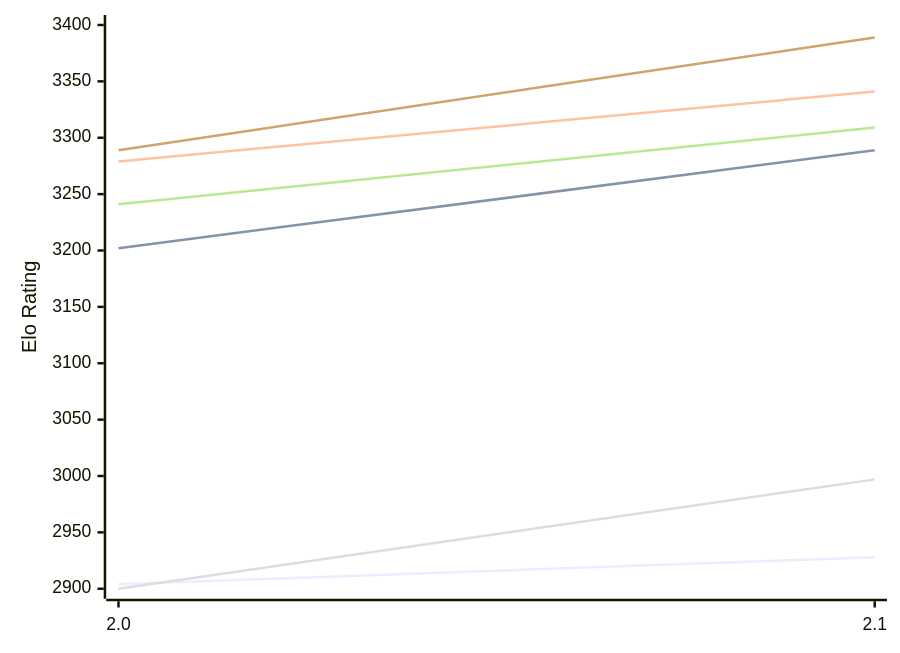
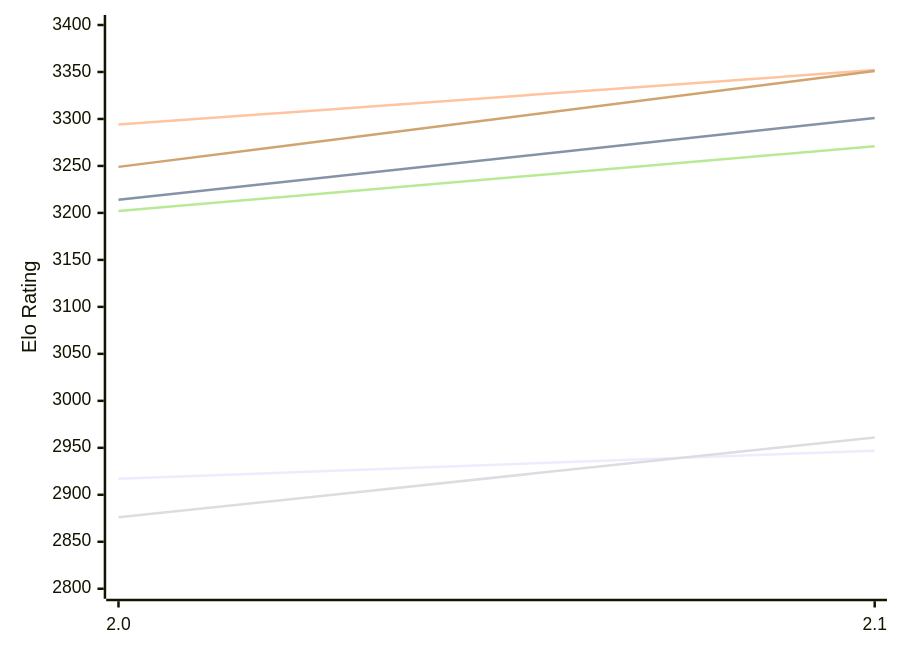
Before and after one commit to computer-chess-index/cci: the first of 2 diagrams in engines/Onslaught.md, drawn with Mermaid. The commit also changed other lines of this file, not shown here.

Commit message:
Update CCI Ratings (ELO VLTC) - 2026-11-14

````diff
--- a/engines/Onslaught.md
+++ b/engines/Onslaught.md
@@ -50,12 +50,12 @@
 ```mermaid
 %%{init: {"theme":"base","themeVariables":{"seriesColors:['#a3a3a3','#222221','#faa371']}}}%%
 xychart-beta
   x-axis ["2.0", "2.1"]
-  y-axis "Elo Rating" 2900 --> 3400
-  line "E1: STC (8.0+0.08s)" [2904, 2928]
-  line "E1: LTC (60.0+0.60s)" [3202, 3289]
-  line "E1: VLTC (2m24s+1.12s)" [3279, 3341]
-  line "P1: STC (8.0+0.08s)" [2900, 2997]
-  line "P1: LTC (60.0+0.60s)" [3241, 3309]
-  line "P1: VLTC (2m24s+1.12s)" [3289, 3389]
+  y-axis "Elo Rating" 2800 --> 3400
+  line "E1: STC (8.0+0.08s)" [2917, 2947]
+  line "E1: LTC (60.0+0.60s)" [3214, 3301]
+  line "E1: VLTC (2m24s+1.12s)" [3294, 3352]
+  line "P1: STC (8.0+0.08s)" [2876, 2961]
+  line "P1: LTC (60.0+0.60s)" [3202, 3271]
+  line "P1: VLTC (2m24s+1.12s)" [3249, 3351]
 ```
````
